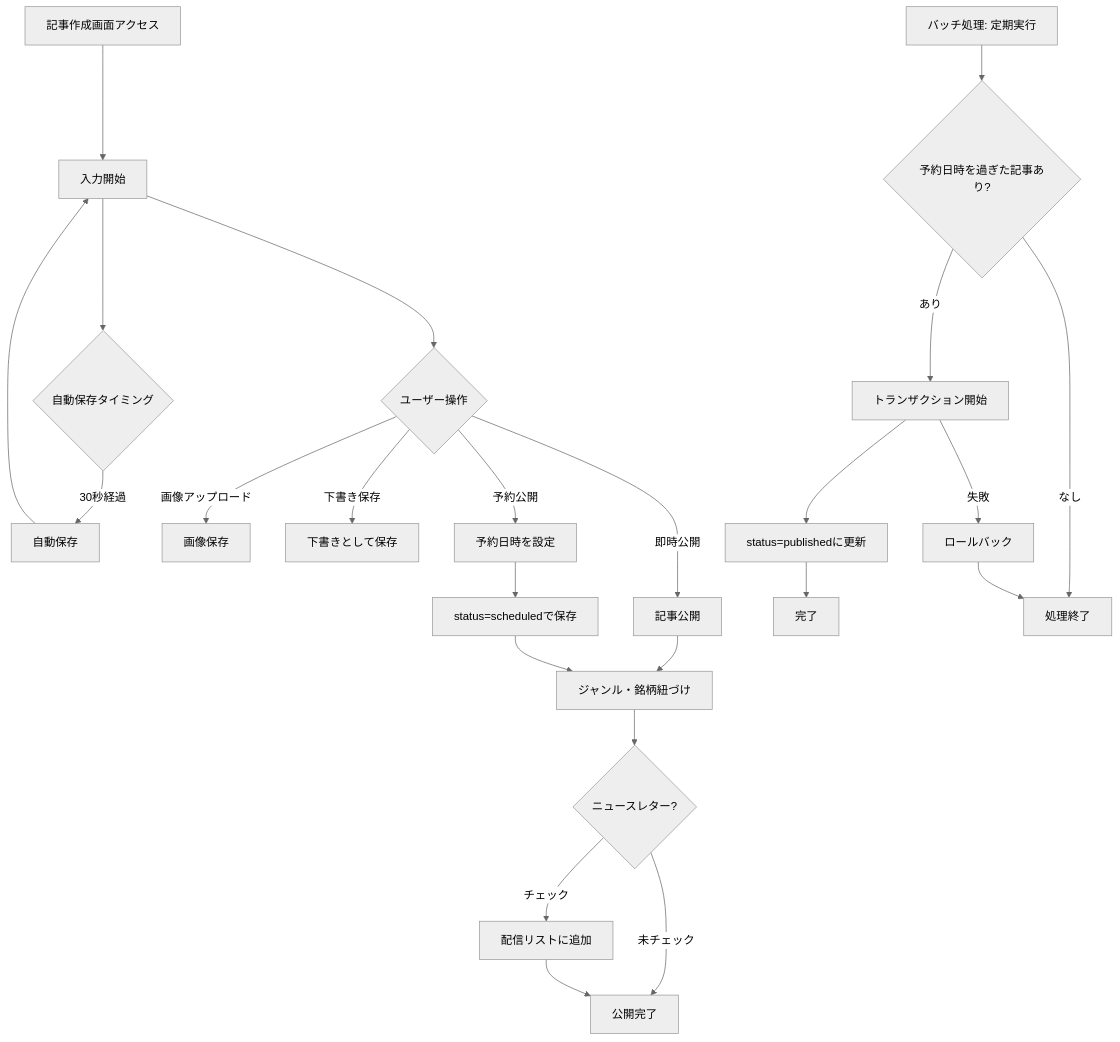
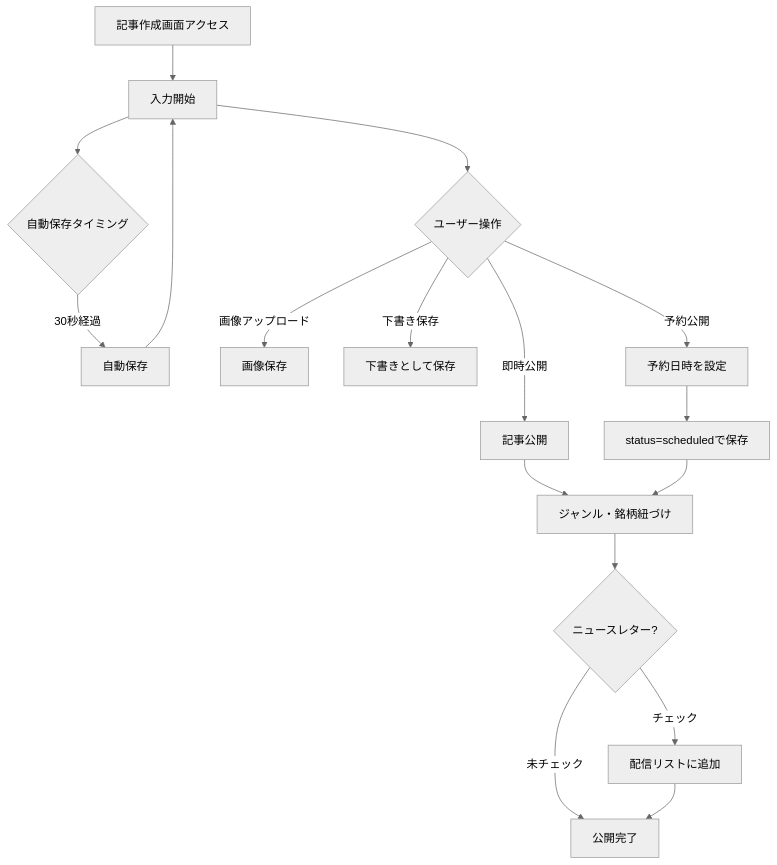
Before and after one commit to RRRRRRR-777/SikouLab: the second of 3 diagrams in docs/functions/article/create-edit.md, drawn with Mermaid (neutral theme). The commit also changed other lines of this file and 1 other file, not shown here.

````diff
--- a/docs/functions/article/create-edit.md
+++ b/docs/functions/article/create-edit.md
@@ -147,34 +148,25 @@
 ```mermaid
 flowchart TD
     A[記事作成画面アクセス] --> B[入力開始]
     B --> C{自動保存タイミング}
     C -->|30秒経過| D[自動保存]
     D --> B
 
     B --> E{ユーザー操作}
 
     E -->|画像アップロード| F[画像保存]
     E -->|下書き保存| G[下書きとして保存]
     E -->|即時公開| H[記事公開]
     E -->|予約公開| I[予約日時を設定]
 
     %% 即時公開フロー
     H --> J[ジャンル・銘柄紐づけ]
     J --> K{ニュースレター?}
     K -->|チェック| L[配信リストに追加]
     K -->|未チェック| M[公開完了]
     L --> M
 
-    %% 予約公開フロー
+    %% 予約公開フロー（バッチ処理の詳細は schedule.md 参照）
     I --> N[status=scheduledで保存]
     N --> J[ジャンル・銘柄紐づけ]
-
-    %% バッチ処理による公開（トランザクション）
-    S[バッチ処理: 定期実行] --> T{予約日時を過ぎた記事あり?}
-    T -->|あり| U[トランザクション開始]
-    U --> V[status=publishedに更新]
-    V --> Y[完了]
-    T -->|なし| W[処理終了]
-    U -->|失敗| Z[ロールバック]
-    Z --> W
 ```
````
